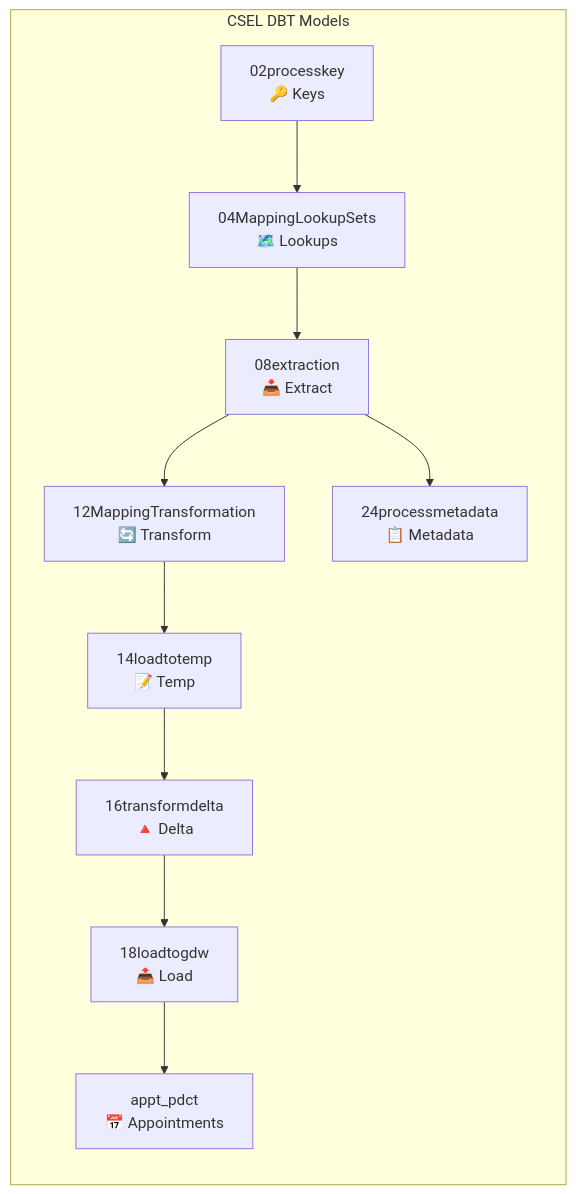
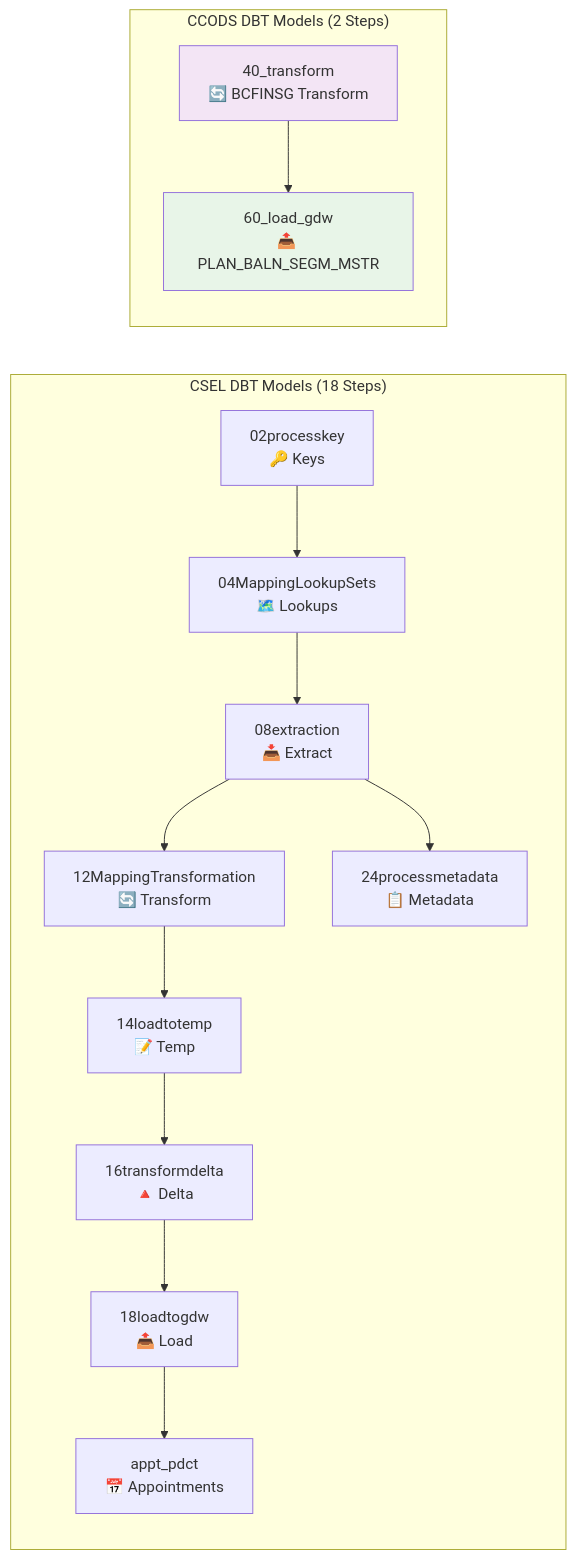
One commit to sfc-gh-mhindi/REPO_CBA changed the diagram in GDW1/CCODS/DBT Project/README.md. Above: the diagram before and after it, drawn with Mermaid. The commit also changed other lines of this file, not shown here.

First line of the commit message:
Update DBT Project README for shared CSEL & CCODS structure

````diff
--- a/GDW1/CCODS/DBT Project/README.md
+++ b/GDW1/CCODS/DBT Project/README.md
@@ -7,23 +11,33 @@
 ```mermaid
 graph LR
-    subgraph "CSEL DBT Models"
+    subgraph "CSEL DBT Models (18 Steps)"
         A[02processkey<br/>🔑 Keys]
         B[04MappingLookupSets<br/>🗺️ Lookups] 
         C[08extraction<br/>📥 Extract]
         D[12MappingTransformation<br/>🔄 Transform]
         E[14loadtotemp<br/>📝 Temp]
         F[16transformdelta<br/>🔺 Delta]
         G[18loadtogdw<br/>📤 Load]
         H[24processmetadata<br/>📋 Metadata]
         I[appt_pdct<br/>📅 Appointments]
     end
     
+    subgraph "CCODS DBT Models (2 Steps)"
+        J[40_transform<br/>🔄 BCFINSG Transform]
+        K[60_load_gdw<br/>📤 PLAN_BALN_SEGM_MSTR]
+    end
+    
     A --> B
     B --> C
     C --> D
     D --> E
     E --> F
     F --> G
     G --> I
     C --> H
+    
+    J --> K
+    
+    style J fill:#f3e5f5
+    style K fill:#e8f5e8
 ```
````
